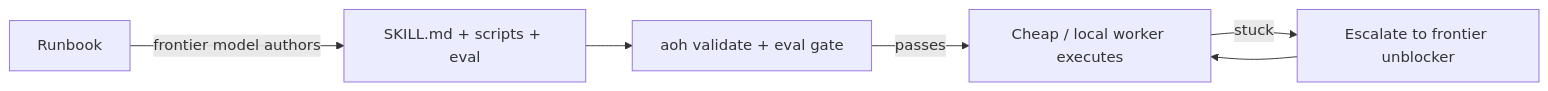
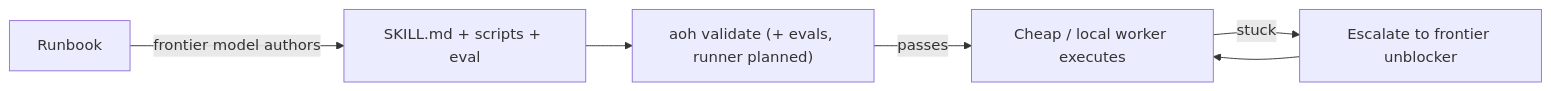
One commit to agenticdevops/aoh changed the diagram in docs-site/docs/concepts/what-is-aoh.mdx. Above: the diagram before and after it, drawn with Mermaid. The commit also changed other lines of this file and 1 other file, not shown here.

First line of the commit message:
docs(site): mark drift model and eval gate as planned, not delivered

````diff
--- a/docs-site/docs/concepts/what-is-aoh.mdx
+++ b/docs-site/docs/concepts/what-is-aoh.mdx
@@ -49,8 +51,8 @@
 ```mermaid
 flowchart LR
     A[Runbook] -->|frontier model authors| B["SKILL.md + scripts + eval"]
-    B --> C["aoh validate + eval gate"]
+    B --> C["aoh validate (+ evals, runner planned)"]
     C -->|passes| D[Cheap / local worker executes]
     D -->|stuck| E[Escalate to frontier unblocker]
     E --> D
 ```
````
